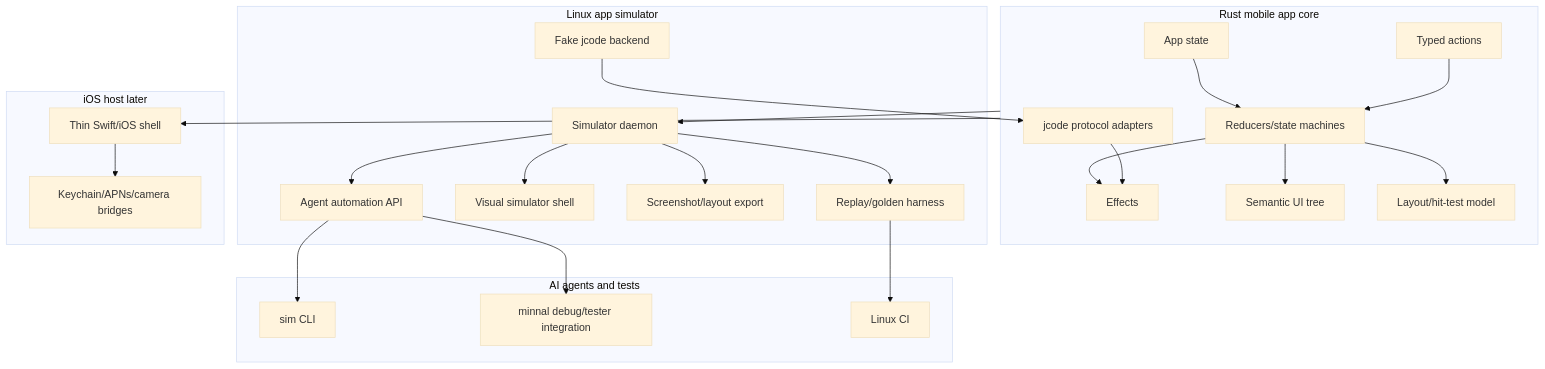
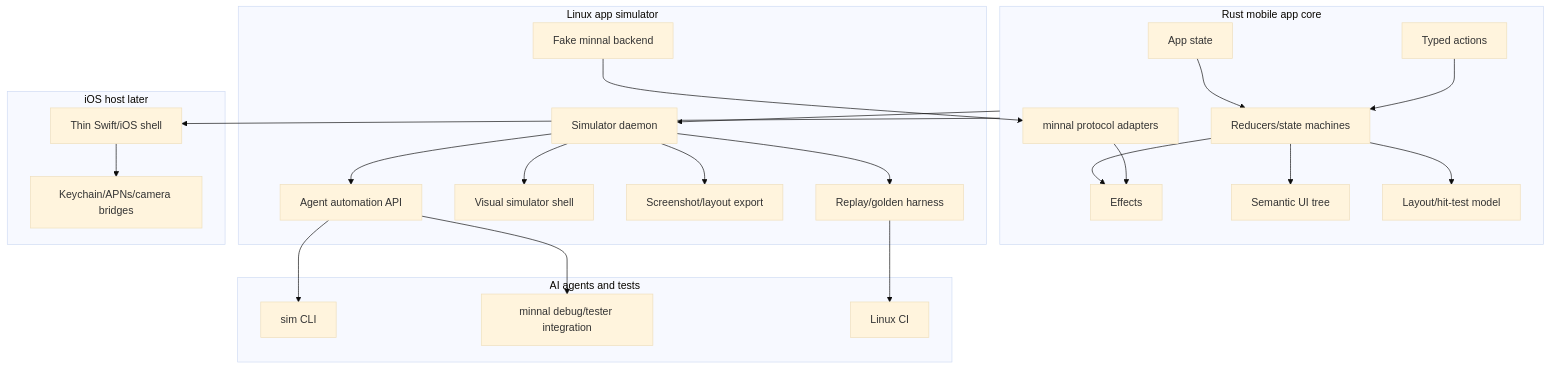
One commit to iamrohithrnair/minnal changed the diagram in docs/MOBILE_AGENT_SIMULATOR.md. Above: the diagram before and after it, drawn with Mermaid (base theme). The commit also changed other lines of this file and 918 other files, not shown here.

````diff
--- a/docs/MOBILE_AGENT_SIMULATOR.md
+++ b/docs/MOBILE_AGENT_SIMULATOR.md
@@ -41,50 +41,50 @@
 ```mermaid
 graph TB
     subgraph Core["Rust mobile app core"]
         State["App state"]
         Actions["Typed actions"]
         Effects["Effects"]
         Reducer["Reducers/state machines"]
-        Protocol["jcode protocol adapters"]
+        Protocol["minnal protocol adapters"]
         SemUI["Semantic UI tree"]
         Layout["Layout/hit-test model"]
     end
 
     subgraph Sim["Linux app simulator"]
         SimDaemon["Simulator daemon"]
         AutoAPI["Agent automation API"]
-        FakeServer["Fake jcode backend"]
+        FakeServer["Fake minnal backend"]
         Visual["Visual simulator shell"]
         Shots["Screenshot/layout export"]
         Replay["Replay/golden harness"]
     end
 
     subgraph Agents["AI agents and tests"]
         CLI["sim CLI"]
         Debug["minnal debug/tester integration"]
         CI["Linux CI"]
     end
 
     subgraph IOS["iOS host later"]
         SwiftShell["Thin Swift/iOS shell"]
         IOSStorage["Keychain/APNs/camera bridges"]
     end
 
     State --> Reducer
     Actions --> Reducer
     Reducer --> Effects
     Reducer --> SemUI
     Reducer --> Layout
     Protocol --> Effects
     Core --> SimDaemon
     FakeServer --> Protocol
     SimDaemon --> AutoAPI
     SimDaemon --> Visual
     SimDaemon --> Shots
     SimDaemon --> Replay
     AutoAPI --> CLI
     AutoAPI --> Debug
     Replay --> CI
     Core --> SwiftShell
     SwiftShell --> IOSStorage
 ```
````
